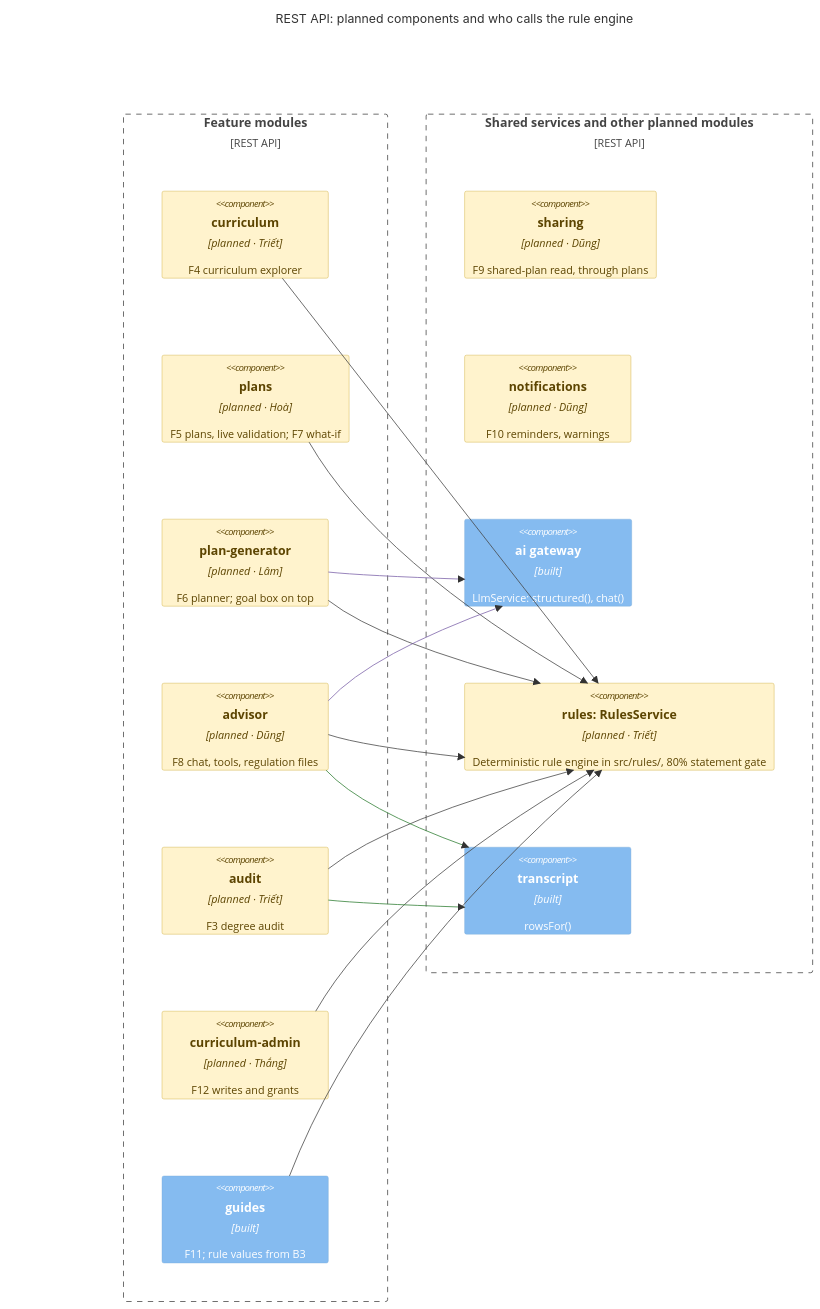
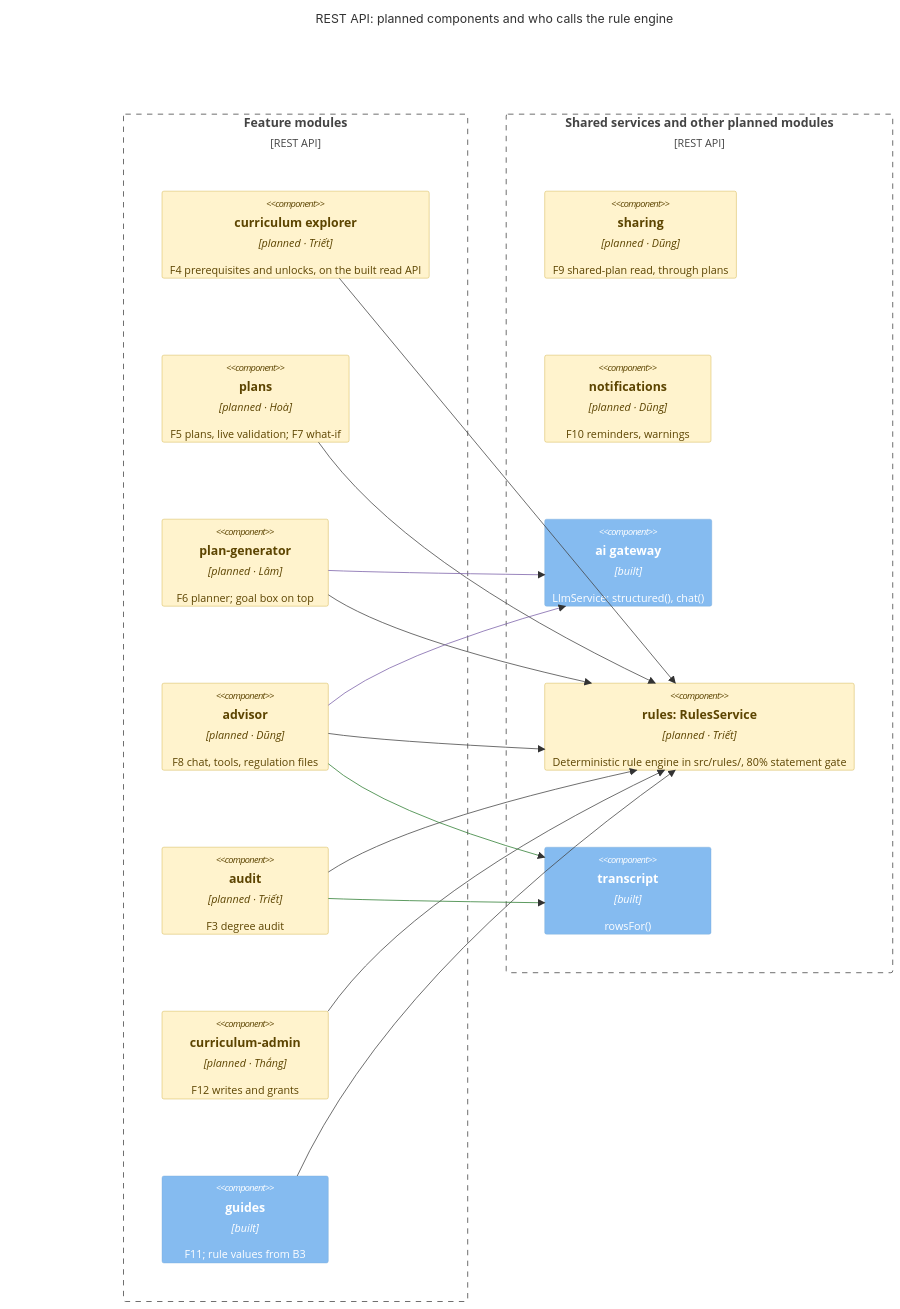
Before and after one commit to LLaammTTeerr/omnicourses: the fourth of 5 diagrams in docs/analysis-and-design/architecture.md, drawn with Mermaid. The commit also changed other lines of this file, not shown here.

First line of the commit message:
docs(architecture): add the merged curriculum read module

````diff
--- a/docs/analysis-and-design/architecture.md
+++ b/docs/analysis-and-design/architecture.md
@@ -188,49 +190,49 @@
 ```mermaid
 C4Component
   title REST API: planned components and who calls the rule engine
   UpdateLayoutConfig($c4ShapeInRow="1", $c4BoundaryInRow="2")
 
   Boundary(callers, "Feature modules", "REST API") {
-    Component(explorer, "curriculum", "planned · Triết", "F4 curriculum explorer")
+    Component(explorer, "curriculum explorer", "planned · Triết", "F4 prerequisites and unlocks, on the built read API")
     Component(plans, "plans", "planned · Hoà", "F5 plans, live validation; F7 what-if")
     Component(plangen, "plan-generator", "planned · Lâm", "F6 planner; goal box on top")
     Component(advisor, "advisor", "planned · Dũng", "F8 chat, tools, regulation files")
     Component(audit, "audit", "planned · Triết", "F3 degree audit")
     Component(admin, "curriculum-admin", "planned · Thắng", "F12 writes and grants")
     Component(guides, "guides", "built", "F11; rule values from B3")
   }
   Boundary(core, "Shared services and other planned modules", "REST API") {
     Component(sharing, "sharing", "planned · Dũng", "F9 shared-plan read, through plans")
     Component(notifications, "notifications", "planned · Dũng", "F10 reminders, warnings")
     Component(ai, "ai gateway", "built", "LlmService: structured(), chat()")
     Component(rules, "rules: RulesService", "planned · Triết", "Deterministic rule engine in src/rules/, 80% statement gate")
     Component(transcript, "transcript", "built", "rowsFor()")
   }
 
   Rel(explorer, rules, "")
   Rel(guides, rules, "")
   Rel(plans, rules, "")
   Rel(plangen, rules, "")
   Rel(advisor, rules, "")
   Rel(audit, rules, "")
   Rel(admin, rules, "")
   Rel(plangen, ai, "")
   Rel(advisor, ai, "")
   Rel(audit, transcript, "")
   Rel(advisor, transcript, "")
 
   UpdateRelStyle(plangen, ai, $lineColor="#7b61a8")
   UpdateRelStyle(advisor, ai, $lineColor="#7b61a8")
   UpdateRelStyle(audit, transcript, $lineColor="#2e7d32")
   UpdateRelStyle(advisor, transcript, $lineColor="#2e7d32")
 
   UpdateElementStyle(audit, $bgColor="#fff3cd", $fontColor="#5c4400", $borderColor="#c9a227")
   UpdateElementStyle(explorer, $bgColor="#fff3cd", $fontColor="#5c4400", $borderColor="#c9a227")
   UpdateElementStyle(plans, $bgColor="#fff3cd", $fontColor="#5c4400", $borderColor="#c9a227")
   UpdateElementStyle(plangen, $bgColor="#fff3cd", $fontColor="#5c4400", $borderColor="#c9a227")
   UpdateElementStyle(rules, $bgColor="#fff3cd", $fontColor="#5c4400", $borderColor="#c9a227")
   UpdateElementStyle(advisor, $bgColor="#fff3cd", $fontColor="#5c4400", $borderColor="#c9a227")
   UpdateElementStyle(admin, $bgColor="#fff3cd", $fontColor="#5c4400", $borderColor="#c9a227")
   UpdateElementStyle(sharing, $bgColor="#fff3cd", $fontColor="#5c4400", $borderColor="#c9a227")
   UpdateElementStyle(notifications, $bgColor="#fff3cd", $fontColor="#5c4400", $borderColor="#c9a227")
 ```
````
